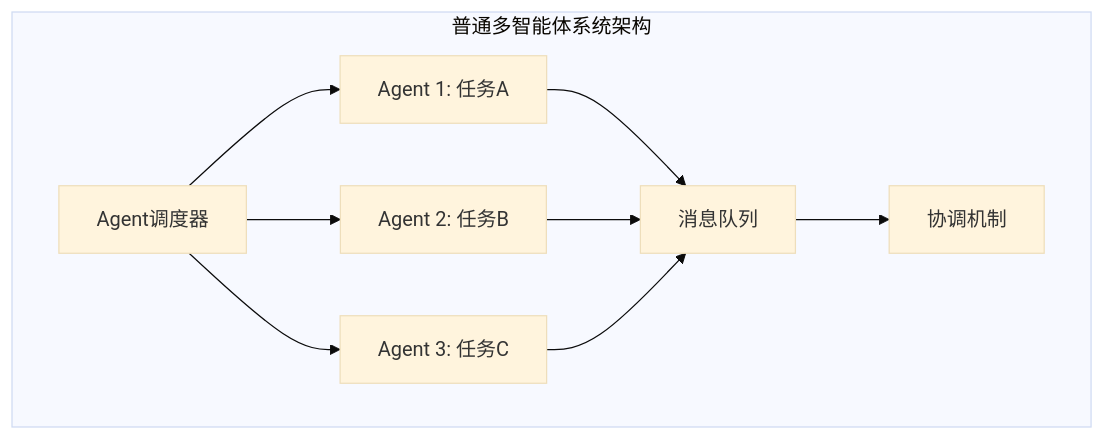
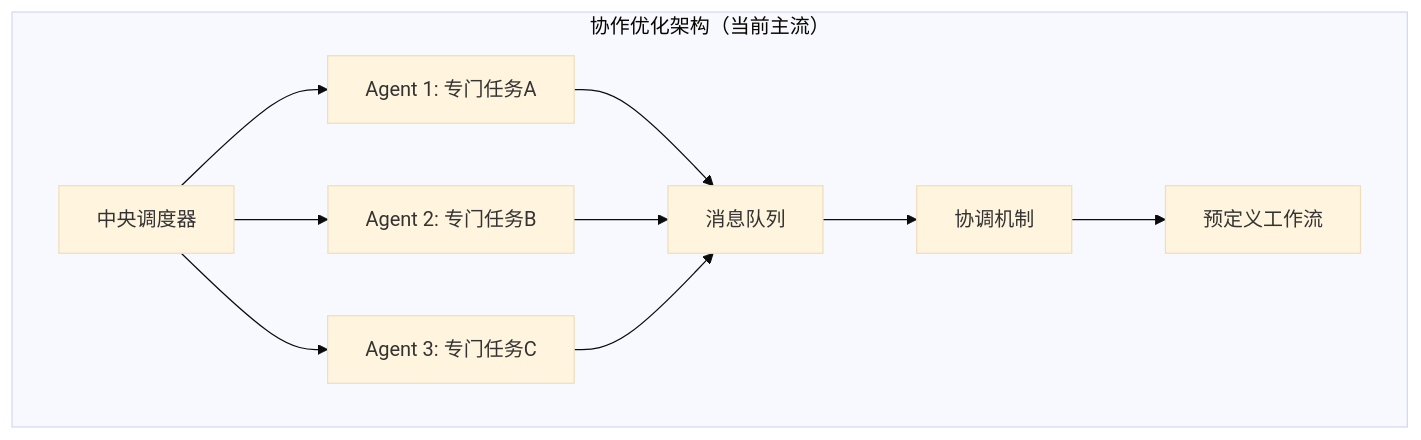
One commit to youyoude/agi-app-dev-guide-book changed the sixth of 14 diagrams in 前言部分/从多智能体到AGI应用概念探索.md. Above: the diagram before and after it, drawn with Mermaid (base theme). The commit also changed other lines of this file, not shown here.

````diff
--- a/前言部分/从多智能体到AGI应用概念探索.md
+++ b/前言部分/从多智能体到AGI应用概念探索.md
@@ -358,19 +333,21 @@
 ```mermaid
 graph TB
-    subgraph "普通多智能体系统架构"
-        A[Agent调度器]
-        B[Agent 1: 任务A]
-        C[Agent 2: 任务B] 
-        D[Agent 3: 任务C]
+    subgraph "协作优化架构（当前主流）"
+        A[中央调度器]
+        B[Agent 1: 专门任务A]
+        C[Agent 2: 专门任务B] 
+        D[Agent 3: 专门任务C]
         E[消息队列]
         F[协调机制]
+        G[预定义工作流]
     end
     
     A --> B
     A --> C  
     A --> D
     B --> E
     C --> E
     D --> E
     E --> F
+    F --> G
 ```
````
